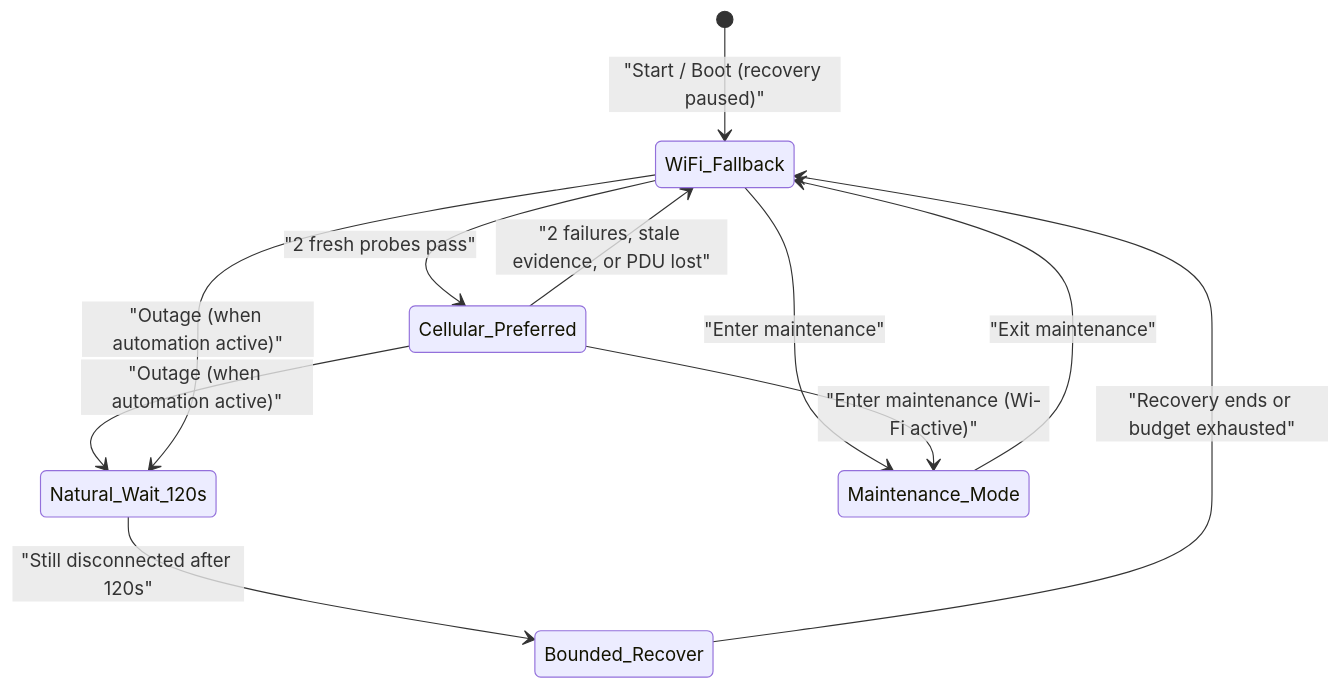
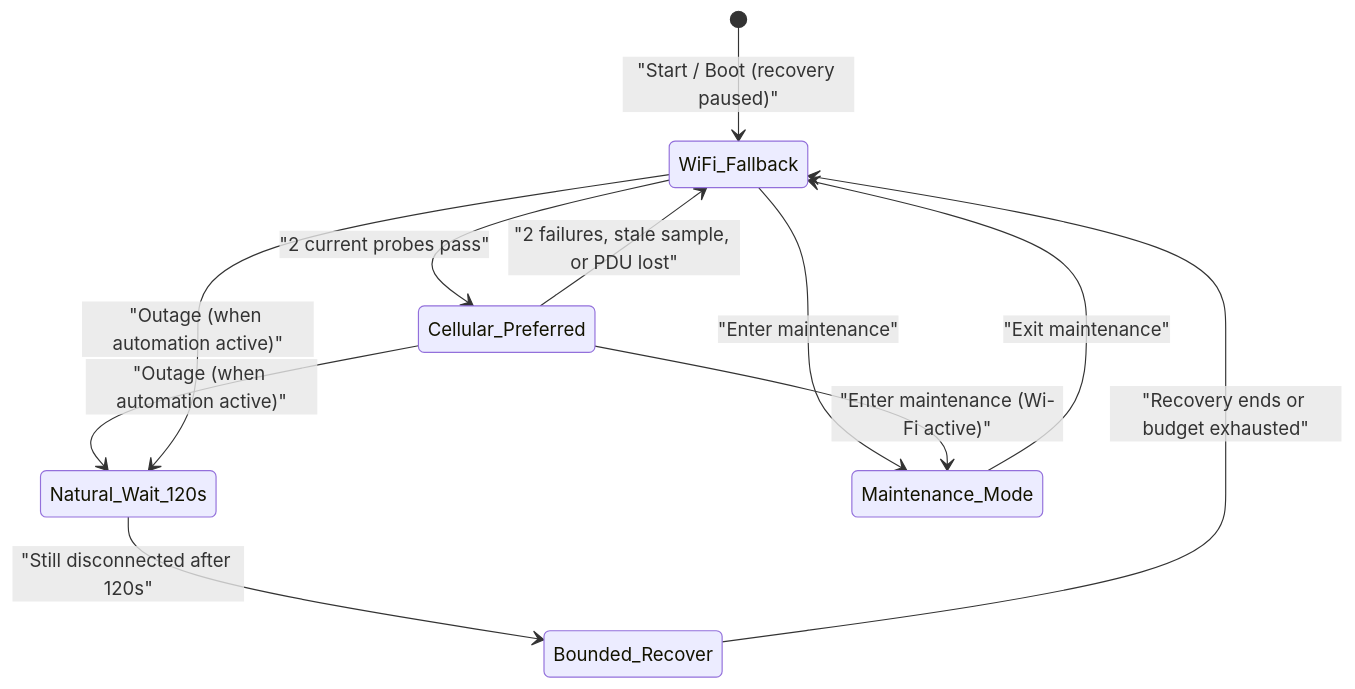
Before and after one commit to HKUOpenSource/OpenAirKit: the diagram in docs/jetson-operations.md, drawn with Mermaid. The commit also changed other lines of this file and 40 other files, not shown here.

````diff
--- a/docs/jetson-operations.md
+++ b/docs/jetson-operations.md
@@ -27,13 +28,13 @@
 ```mermaid
 stateDiagram-v2
   [*] --> WiFi_Fallback: "Start / Boot (recovery paused)"
-  WiFi_Fallback --> Cellular_Preferred: "2 fresh probes pass"
-  Cellular_Preferred --> WiFi_Fallback: "2 failures, stale evidence, or PDU lost"
+  WiFi_Fallback --> Cellular_Preferred: "2 current probes pass"
+  Cellular_Preferred --> WiFi_Fallback: "2 failures, stale sample, or PDU lost"
   Cellular_Preferred --> Natural_Wait_120s: "Outage (when automation active)"
   WiFi_Fallback --> Natural_Wait_120s: "Outage (when automation active)"
   Natural_Wait_120s --> Bounded_Recover: "Still disconnected after 120s"
   Bounded_Recover --> WiFi_Fallback: "Recovery ends or budget exhausted"
   WiFi_Fallback --> Maintenance_Mode: "Enter maintenance"
   Cellular_Preferred --> Maintenance_Mode: "Enter maintenance (Wi-Fi active)"
   Maintenance_Mode --> WiFi_Fallback: "Exit maintenance"
 ```
````
